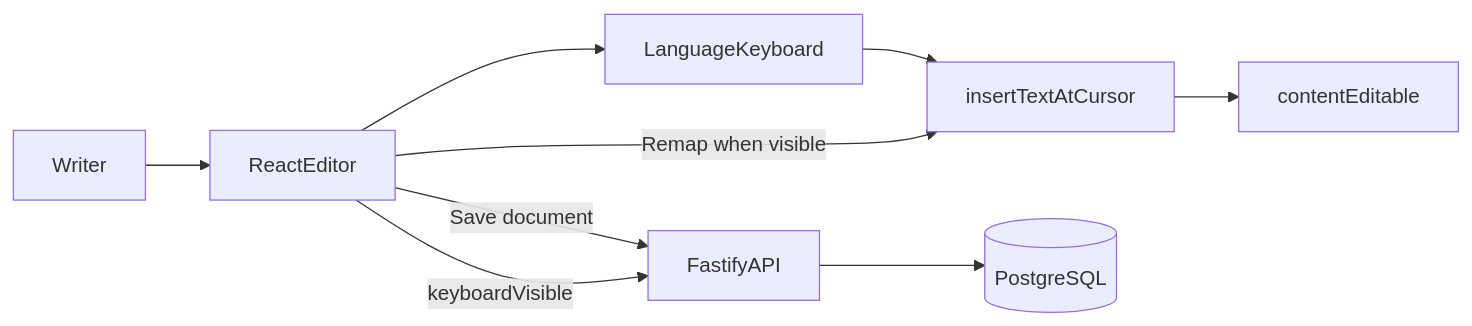
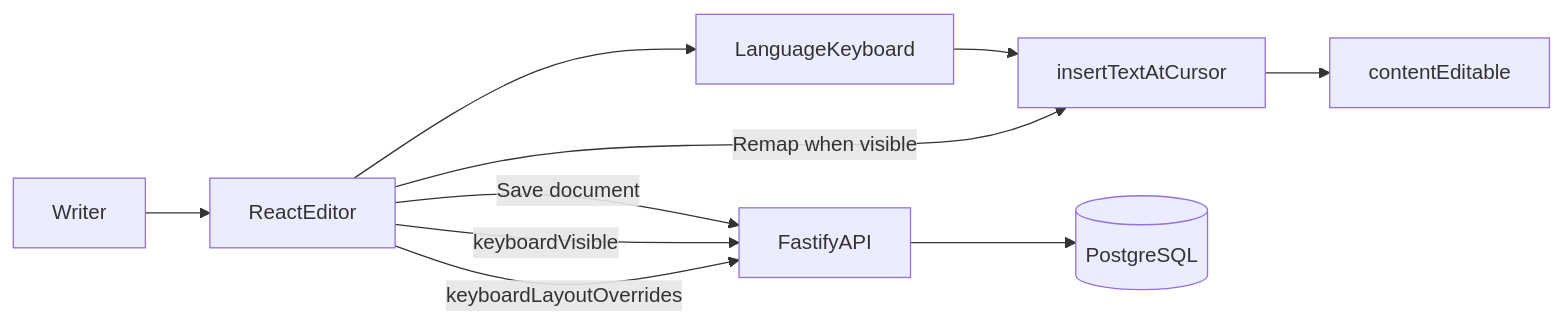
The diagram in docs/specs/user-story-3-russian-onscreen-keyboard-spec.md (TommyKolb/GlossaDocs), drawn with Mermaid before and after one commit. The commit also changed other lines of this file and 21 other files, not shown here.

````diff
--- a/docs/specs/user-story-3-russian-onscreen-keyboard-spec.md
+++ b/docs/specs/user-story-3-russian-onscreen-keyboard-spec.md
@@ -24,11 +25,12 @@
 ```mermaid
 flowchart LR
   user[Writer] --> fe[ReactEditor]
   fe --> kbd[LanguageKeyboard]
   kbd --> ins[insertTextAtCursor]
   ins --> ce[contentEditable]
   fe -->|"Remap when visible"| ins
   fe -->|"Save document"| api[FastifyAPI]
   fe -->|"keyboardVisible"| api
+  fe -->|"keyboardLayoutOverrides"| api
   api --> pg[(PostgreSQL)]
 ```
````
